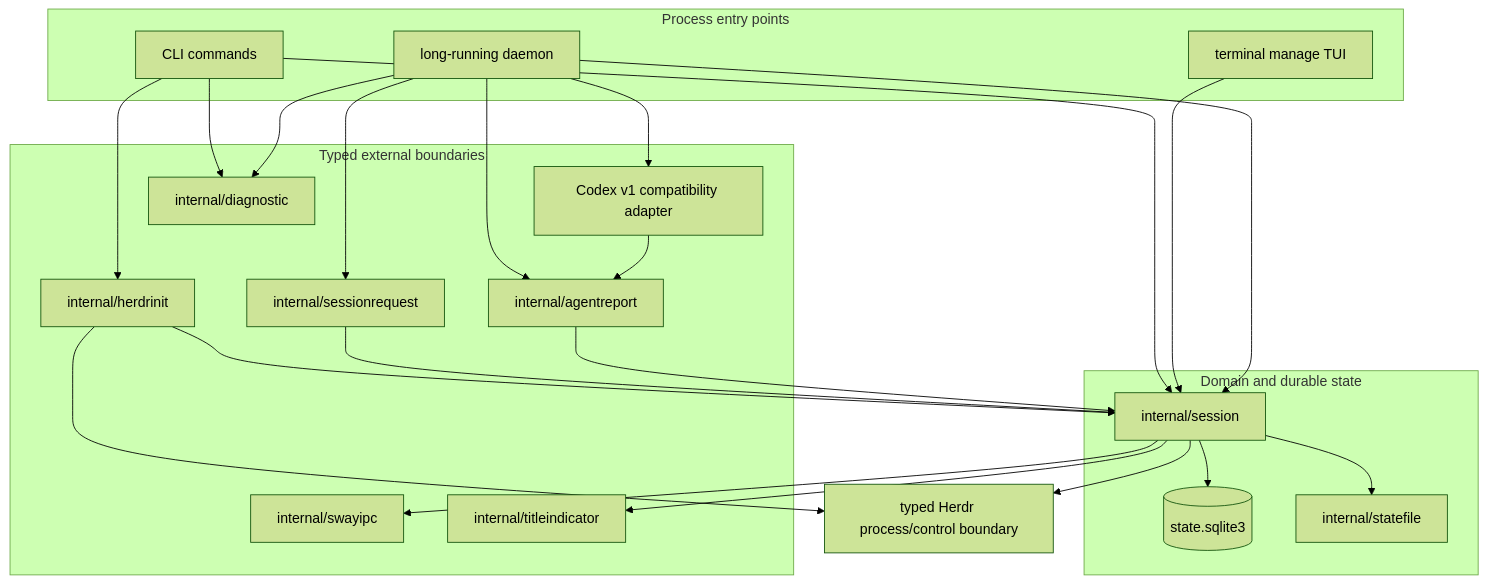
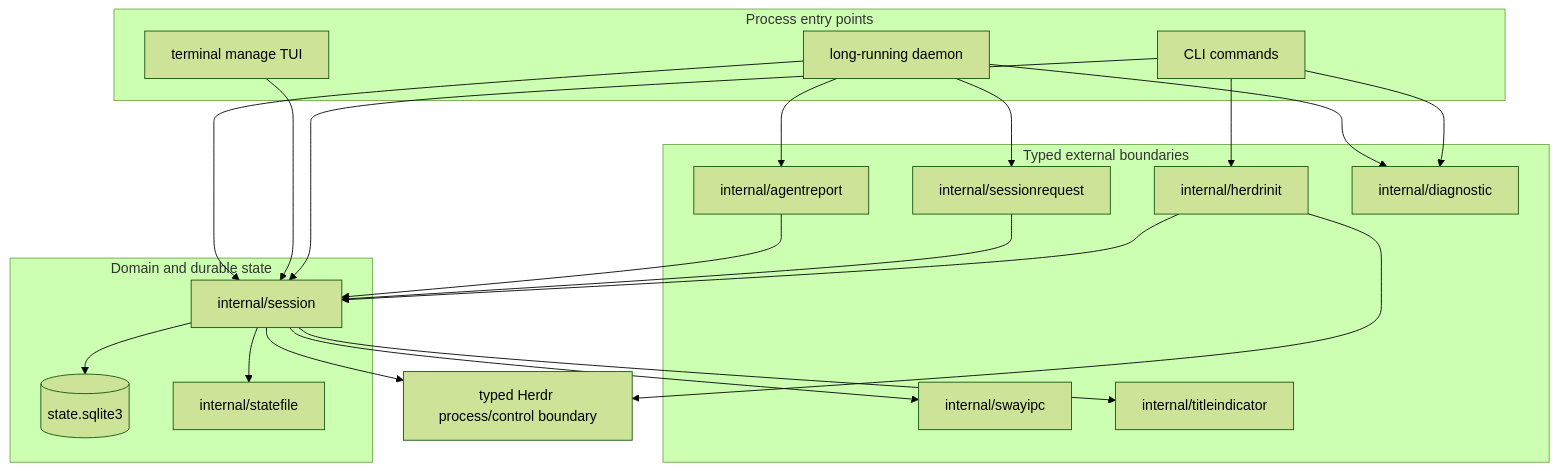
Before and after one commit to marang/sway-session: the first of 3 diagrams in docs/sway-session-plan.md, drawn with Mermaid (forest theme). The commit also changed other lines of this file and 4 other files, not shown here.

```diff
--- a/docs/sway-session-plan.md
+++ b/docs/sway-session-plan.md
@@ -43,42 +43,39 @@
 ~~~mermaid
 flowchart TB
     subgraph Entry[Process entry points]
         CLI[CLI commands]
         Daemon[long-running daemon]
         TUI[terminal manage TUI]
     end
     subgraph Core[Domain and durable state]
         Session[internal/session]
         DB[(state.sqlite3)]
         Statefile[internal/statefile]
     end
     subgraph Boundaries[Typed external boundaries]
         IPC[internal/swayipc]
         Init[internal/herdrinit]
         Start[internal/sessionrequest]
         Report[internal/agentreport]
-        Codex[Codex v1 compatibility adapter]
         Indicator[internal/titleindicator]
         Diagnostic[internal/diagnostic]
     end
     HerdrProcess[typed Herdr process/control boundary]
     CLI --> Session
     TUI --> Session
     Daemon --> Session
     Session --> DB
     Session --> Statefile
     Session --> IPC
     Session --> HerdrProcess
     CLI --> Init
     Init --> Session
     Init --> HerdrProcess
     Daemon --> Start
     Daemon --> Report
-    Daemon --> Codex
     Start --> Session
-    Codex --> Report
     Report --> Session
     Session --> Indicator
     CLI --> Diagnostic
     Daemon --> Diagnostic
 ~~~
```
